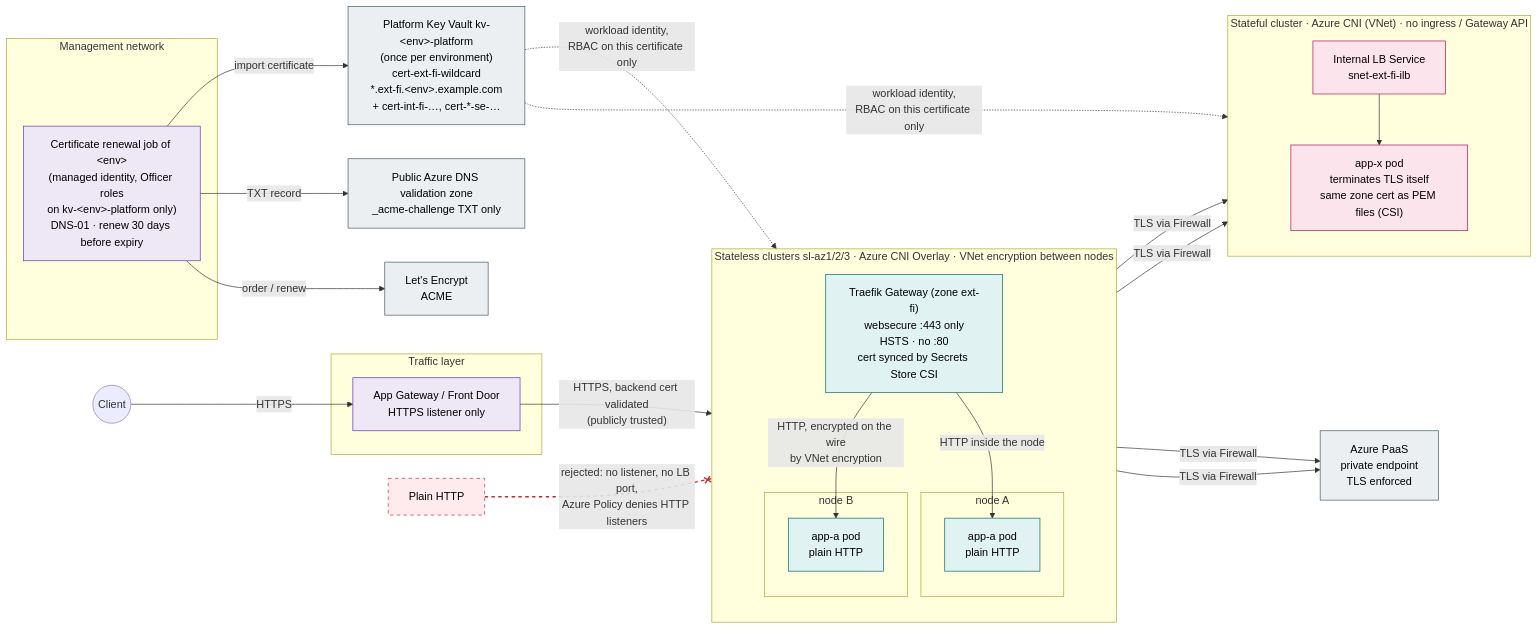
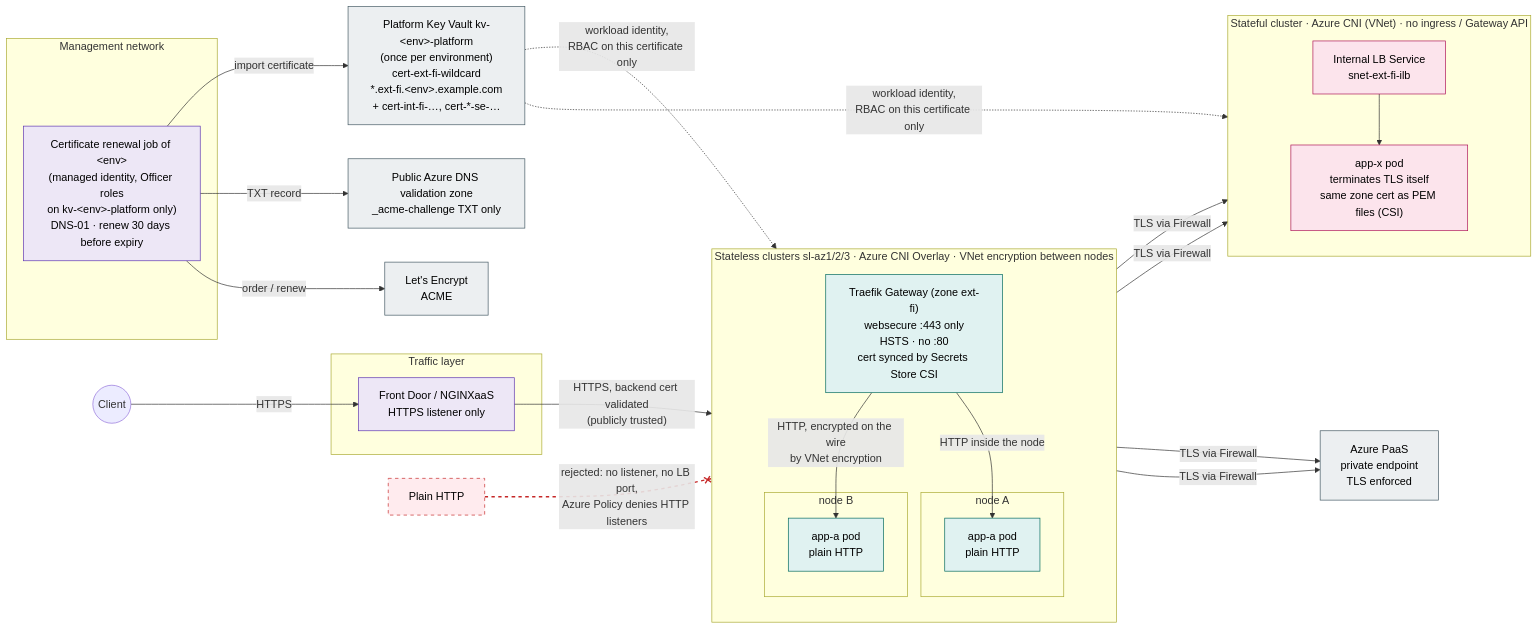
The diagram in diagrams/13-tls-encryption.mmd (olljanat-ai/aks-design), drawn with Mermaid before and after one commit. The commit also changed 10 other files, not shown here.

```diff
--- a/diagrams/13-tls-encryption.mmd
+++ b/diagrams/13-tls-encryption.mmd
@@ -1,63 +1,63 @@
 %% Encryption in transit. Stateless: TLS ends at the zone's Traefik gateway (Let's Encrypt certificate for an internal
 %% name), node-to-node traffic is protected by Azure VNet encryption, so apps need no TLS, mTLS or service mesh.
 %% Stateful: no ingress at all, the application terminates TLS on its own internal load balancer.
 %% Certificates are issued once per zone and environment by a job per environment into the environment's single platform
 %% Key Vault and shared by all clusters of that environment.
 flowchart LR
     client(("Client"))
 
     subgraph MGMT["Management network"]
         job["Certificate renewal job of &lt;env&gt;<br/>(managed identity, Officer roles<br/>on kv-&lt;env&gt;-platform only)<br/>DNS-01 · renew 30 days before expiry"]
     end
     le["Let's Encrypt<br/>ACME"]
     pubdns["Public Azure DNS validation zone<br/>_acme-challenge TXT only"]
     kv["Platform Key Vault kv-&lt;env&gt;-platform<br/>(once per environment)<br/>cert-ext-fi-wildcard<br/>*.ext-fi.&lt;env&gt;.example.com<br/>+ cert-int-fi-…, cert-*-se-…"]
 
     subgraph EDGE["Traffic layer"]
-        agw["App Gateway / Front Door<br/>HTTPS listener only"]
+        agw["Front Door / NGINXaaS<br/>HTTPS listener only"]
     end
 
     subgraph SL["Stateless clusters sl-az1/2/3 · Azure CNI Overlay · VNet encryption between nodes"]
         direction TB
         tr["Traefik Gateway (zone ext-fi)<br/>websecure :443 only<br/>HSTS · no :80<br/>cert synced by Secrets Store CSI"]
         subgraph N1["node A"]
             app1["app-a pod<br/>plain HTTP"]
         end
         subgraph N2["node B"]
             app2["app-a pod<br/>plain HTTP"]
         end
     end
 
     subgraph SF["Stateful cluster · Azure CNI (VNet) · no ingress / Gateway API"]
         direction TB
         ilb["Internal LB Service<br/>snet-ext-fi-ilb"]
         db["app-x pod<br/>terminates TLS itself<br/>same zone cert as PEM files (CSI)"]
     end
 
     paas["Azure PaaS<br/>private endpoint<br/>TLS enforced"]
     plain["Plain HTTP"]:::off
 
     client -->|"HTTPS"| agw
     agw -->|"HTTPS, backend cert validated<br/>(publicly trusted)"| tr
     tr -->|"HTTP inside the node"| app1
     tr -->|"HTTP, encrypted on the wire<br/>by VNet encryption"| app2
     app1 & app2 -->|"TLS via Firewall"| ilb --> db
     app1 & app2 -->|"TLS via Firewall"| paas
     job -->|"order / renew"| le
     job -->|"TXT record"| pubdns
     job -->|"import certificate"| kv
     kv -.->|"workload identity,<br/>RBAC on this certificate only"| tr
     kv -.->|"workload identity,<br/>RBAC on this certificate only"| db
     plain -.-x|"rejected: no listener, no LB port,<br/>Azure Policy denies HTTP listeners"| tr
 
     linkStyle 14 stroke:#c62828,stroke-width:2px,stroke-dasharray:5 5
 
     classDef hub fill:#ede7f6,stroke:#5e35b1,color:#000
     classDef sl fill:#e0f2f1,stroke:#00695c,color:#000
     classDef sf fill:#fce4ec,stroke:#ad1457,color:#000
     classDef paas fill:#eceff1,stroke:#455a64,color:#000
     classDef off fill:#ffebee,stroke:#c62828,color:#000,stroke-dasharray: 5 5
     class agw,job hub
     class tr,app1,app2 sl
     class ilb,db sf
     class paas,le,pubdns,kv paas
```
